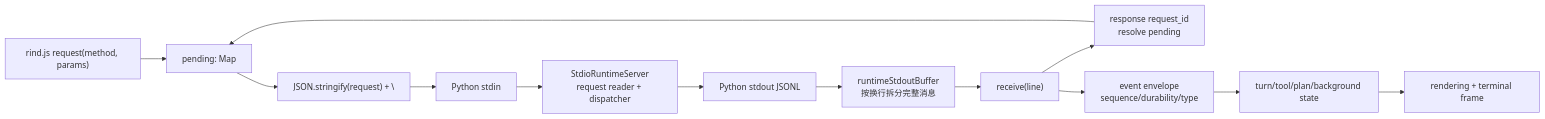
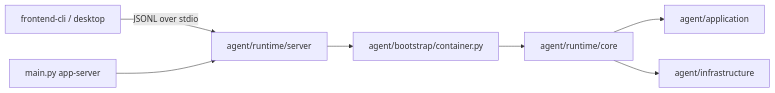
Before and after one commit to Azzurroooo/rind: the first of 2 diagrams in docs/main_pipeline.md, drawn with Mermaid. The commit also changed other lines of this file and 22 other files, not shown here.

````diff
--- a/docs/main_pipeline.md
+++ b/docs/main_pipeline.md
@@ -134,20 +7,9 @@
 ```mermaid
 flowchart LR
-    NodeRequest["rind.js request(method, params)"]
-    Pending["pending: Map<request_id, resolve/reject>"]
-    JSONOut["JSON.stringify(request) + \\n"]
-    PyIn["Python stdin"]
-    Server["StdioRuntimeServer\nrequest reader + dispatcher"]
-    PyOut["Python stdout JSONL"]
-    Buffer["runtimeStdoutBuffer\n按换行拆分完整消息"]
-    Receive["receive(line)"]
-    Response["response request_id\nresolve pending"]
-    Event["event envelope\nsequence/durability/type"]
-    State["turn/tool/plan/background state"]
-    UI["rendering + terminal frame"]
-
-    NodeRequest --> Pending --> JSONOut --> PyIn --> Server
-    Server --> PyOut --> Buffer --> Receive
-    Receive --> Response --> Pending
-    Receive --> Event --> State --> UI
+    Surface["frontend-cli / desktop"] -->|JSONL over stdio| Server["agent/runtime/server"]
+    Main["main.py app-server"] --> Server
+    Server --> Bootstrap["agent/bootstrap/container.py"]
+    Bootstrap --> Core["agent/runtime/core"]
+    Core --> Application["agent/application"]
+    Core --> Infrastructure["agent/infrastructure"]
 ```
````
